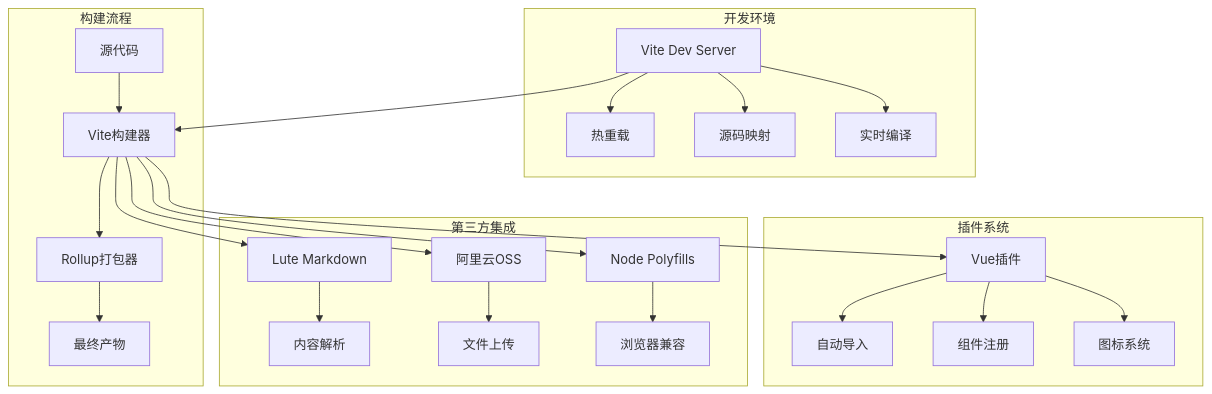
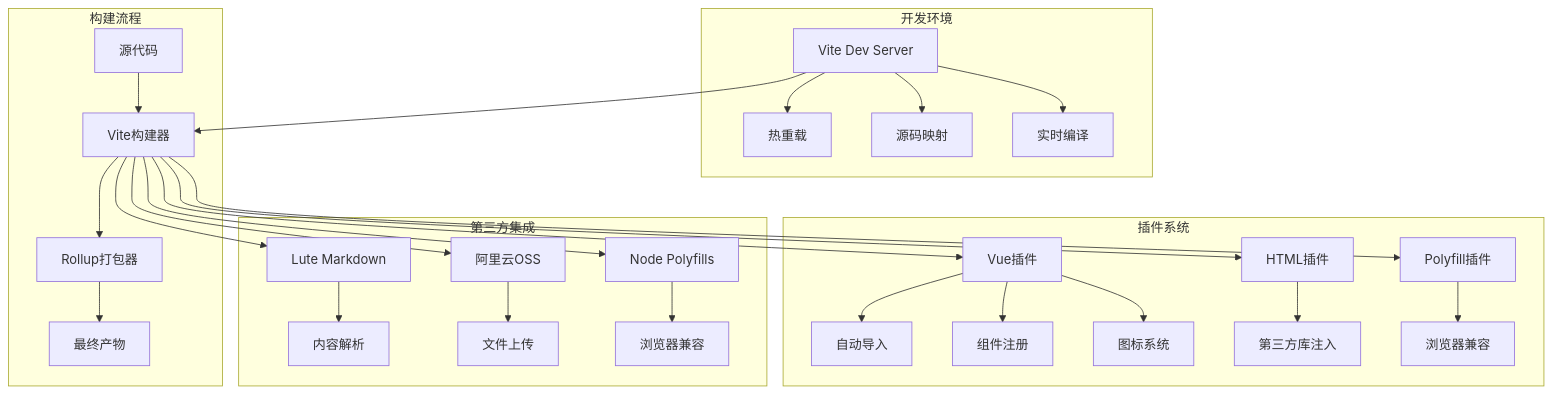
One commit to terwer/siyuan-plugin-publisher changed the third of 10 diagrams in .qoder/repowiki/zh/content/开发指南/构建系统/Vite构建配置.md. Above: the diagram before and after it, drawn with Mermaid. The commit also changed other lines of this file and 25 other files, not shown here.

````diff
--- a/.qoder/repowiki/zh/content/开发指南/构建系统/Vite构建配置.md
+++ b/.qoder/repowiki/zh/content/开发指南/构建系统/Vite构建配置.md
@@ -119,28 +144,32 @@
 ```mermaid
 graph TB
 subgraph "开发环境"
 A[Vite Dev Server] --> B[热重载]
 A --> C[源码映射]
 A --> D[实时编译]
 end
 subgraph "构建流程"
 E[源代码] --> F[Vite构建器]
 F --> G[Rollup打包器]
 G --> H[最终产物]
 end
 subgraph "插件系统"
 I[Vue插件] --> J[自动导入]
 I --> K[组件注册]
 I --> L[图标系统]
+M[HTML插件] --> N[第三方库注入]
+O[Polyfill插件] --> P[浏览器兼容]
 end
 subgraph "第三方集成"
-M[Lute Markdown] --> N[内容解析]
-O[阿里云OSS] --> P[文件上传]
-Q[Node Polyfills] --> R[浏览器兼容]
+Q[Lute Markdown] --> R[内容解析]
+S[阿里云OSS] --> T[文件上传]
+U[Node Polyfills] --> V[浏览器兼容]
 end
 A --> F
 F --> I
 F --> M
 F --> O
 F --> Q
+F --> S
+F --> U
 ```
````
